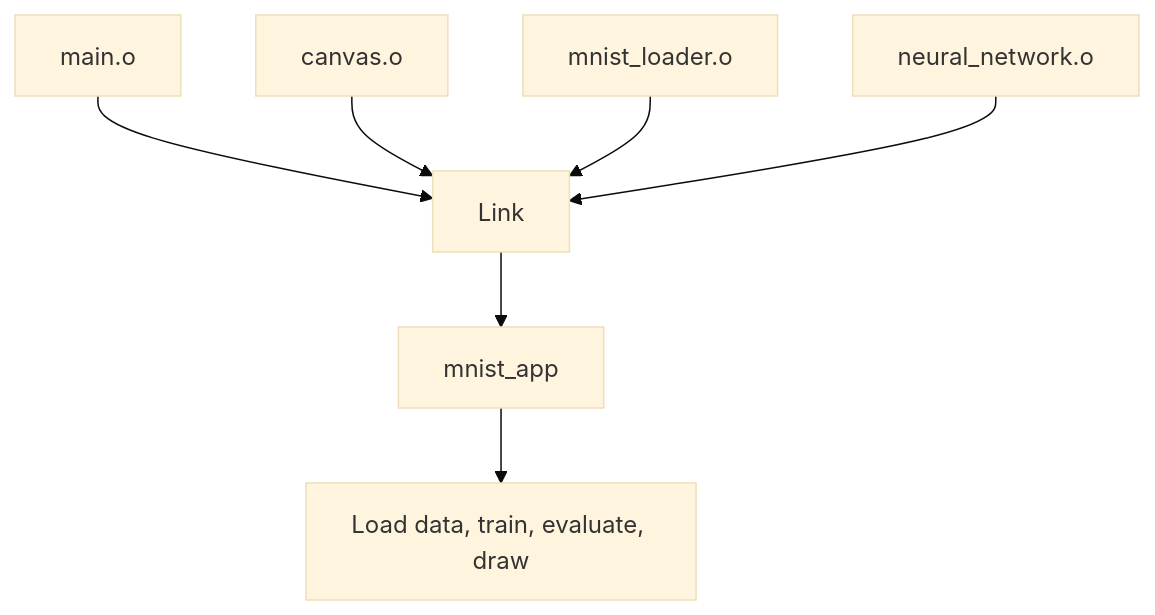
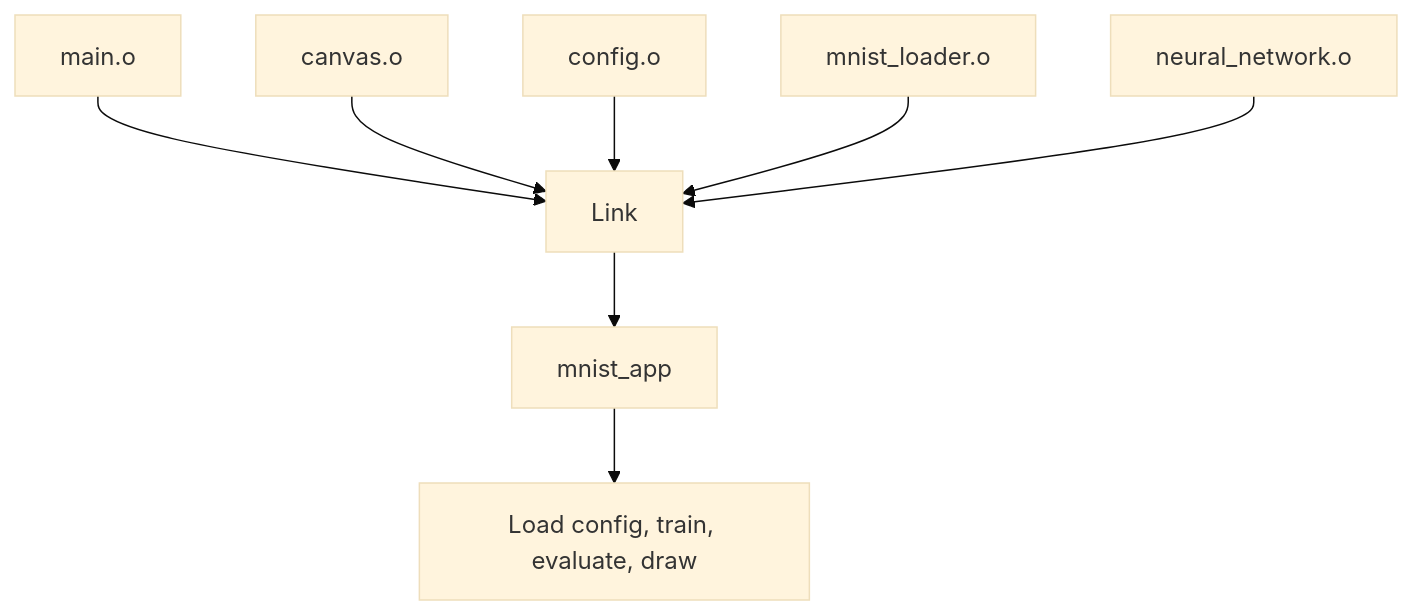
Diagram 23 of 26 in README.md (jirahandler/baremetal-mnist-cpp-ml), drawn with Mermaid (base theme) before and after one commit. The commit also changed other lines of this file and 9 other files, not shown here.

````diff
--- a/README.md
+++ b/README.md
@@ -963,9 +1038,10 @@
 ```mermaid
 flowchart TD
-    A[main.o] --> E[Link]
-    B[canvas.o] --> E
-    C[mnist_loader.o] --> E
-    D[neural_network.o] --> E
-    E --> F[mnist_app]
-    F --> G[Load data, train, evaluate, draw]
+    A[main.o] --> F[Link]
+    B[canvas.o] --> F
+    C[config.o] --> F
+    D[mnist_loader.o] --> F
+    E[neural_network.o] --> F
+    F --> G[mnist_app]
+    G --> H[Load config, train, evaluate, draw]
 ```
````
